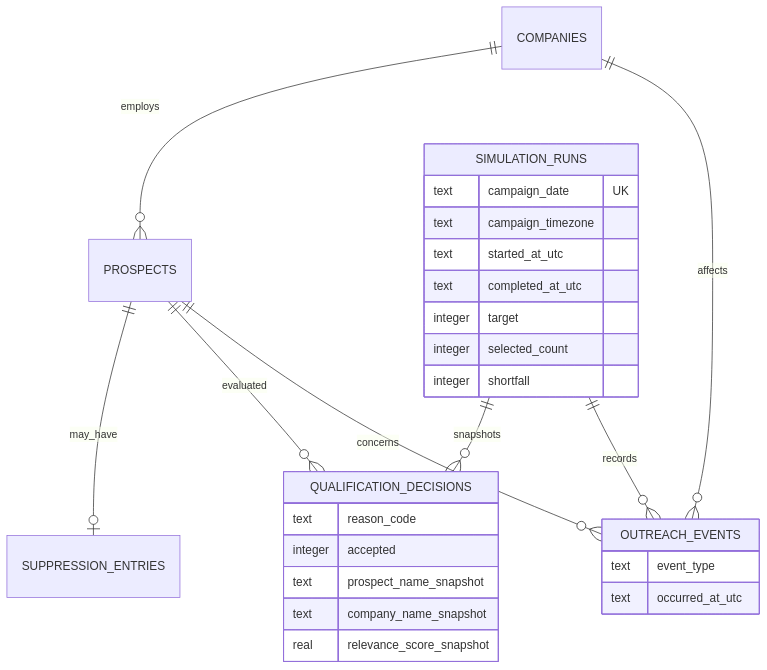
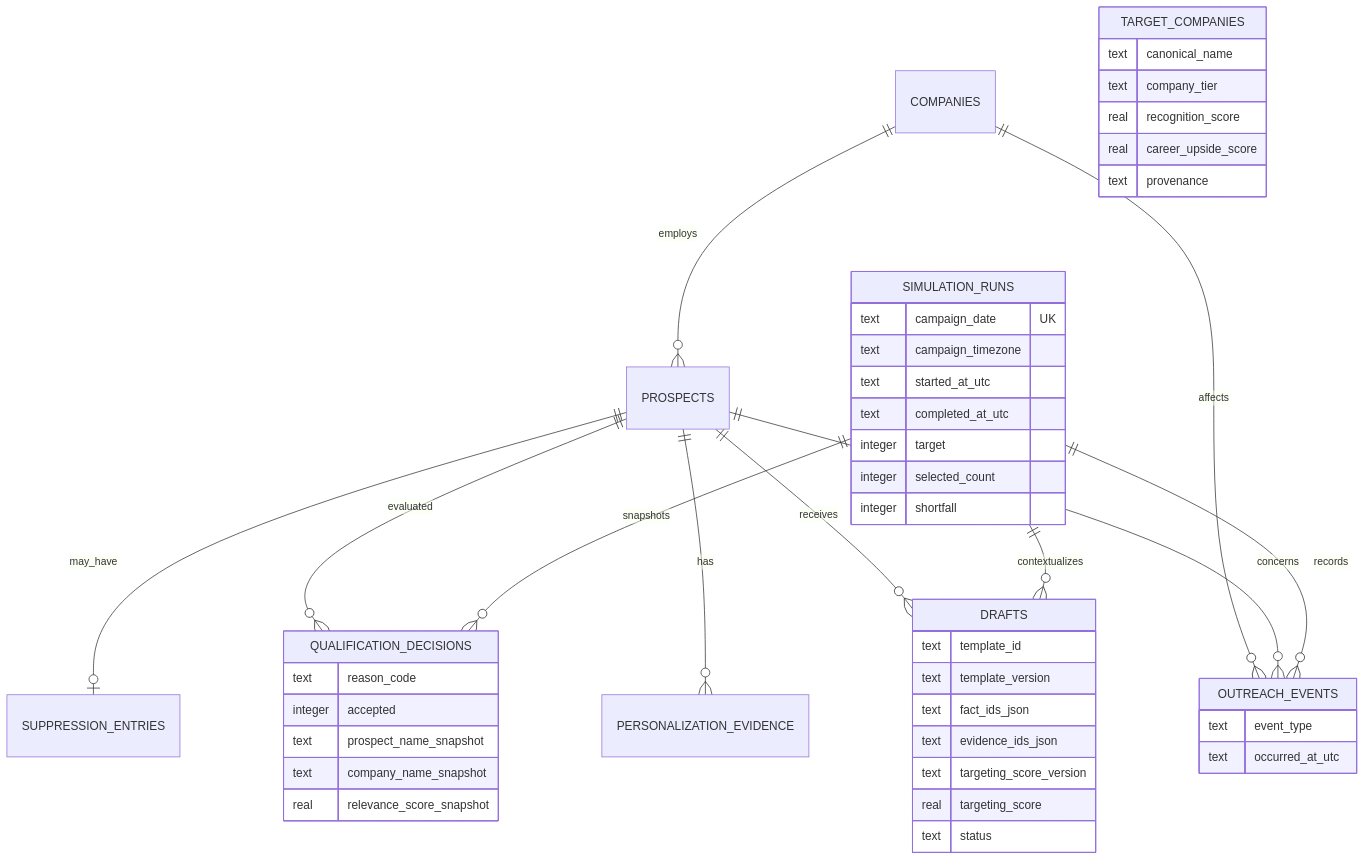
The diagram in docs/schema.md (dylanlaewe/NetworkPilot), drawn with Mermaid before and after one commit. The commit also changed 30 other files, not shown here.

````diff
--- a/docs/schema.md
+++ b/docs/schema.md
@@ -3,31 +3,50 @@
 ```mermaid
 erDiagram
   COMPANIES ||--o{ PROSPECTS : employs
   PROSPECTS ||--o| SUPPRESSION_ENTRIES : may_have
   SIMULATION_RUNS ||--o{ QUALIFICATION_DECISIONS : snapshots
   PROSPECTS ||--o{ QUALIFICATION_DECISIONS : evaluated
   SIMULATION_RUNS ||--o{ OUTREACH_EVENTS : records
   PROSPECTS ||--o{ OUTREACH_EVENTS : concerns
   COMPANIES ||--o{ OUTREACH_EVENTS : affects
+  SIMULATION_RUNS ||--o{ DRAFTS : contextualizes
+  PROSPECTS ||--o{ DRAFTS : receives
+  PROSPECTS ||--o{ PERSONALIZATION_EVIDENCE : has
 
   SIMULATION_RUNS {
     text campaign_date UK
     text campaign_timezone
     text started_at_utc
     text completed_at_utc
     integer target
     integer selected_count
     integer shortfall
   }
   QUALIFICATION_DECISIONS {
     text reason_code
     integer accepted
     text prospect_name_snapshot
     text company_name_snapshot
     real relevance_score_snapshot
   }
   OUTREACH_EVENTS {
     text event_type
     text occurred_at_utc
   }
+  DRAFTS {
+    text template_id
+    text template_version
+    text fact_ids_json
+    text evidence_ids_json
+    text targeting_score_version
+    real targeting_score
+    text status
+  }
+  TARGET_COMPANIES {
+    text canonical_name
+    text company_tier
+    real recognition_score
+    real career_upside_score
+    text provenance
+  }
 ```
````
